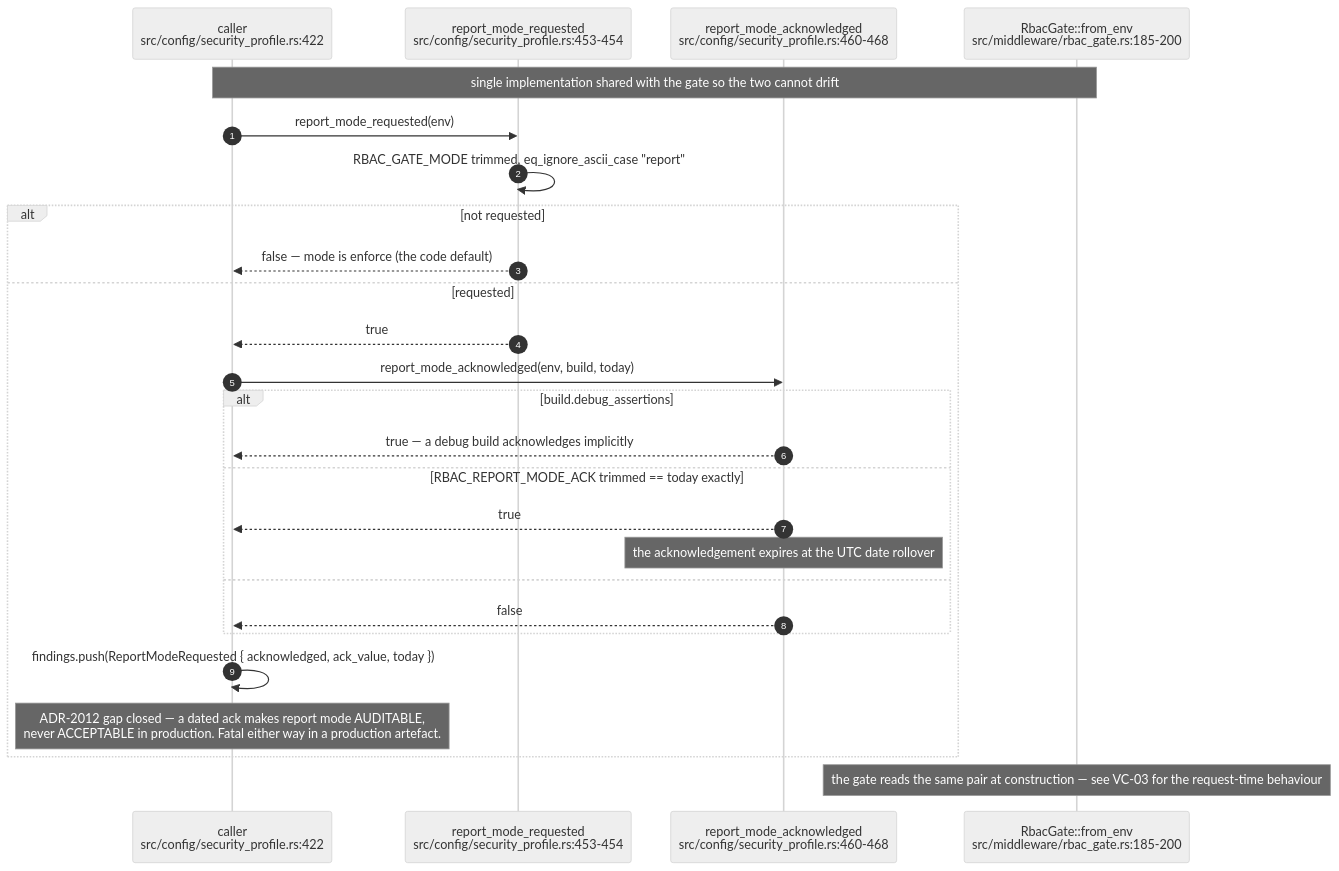
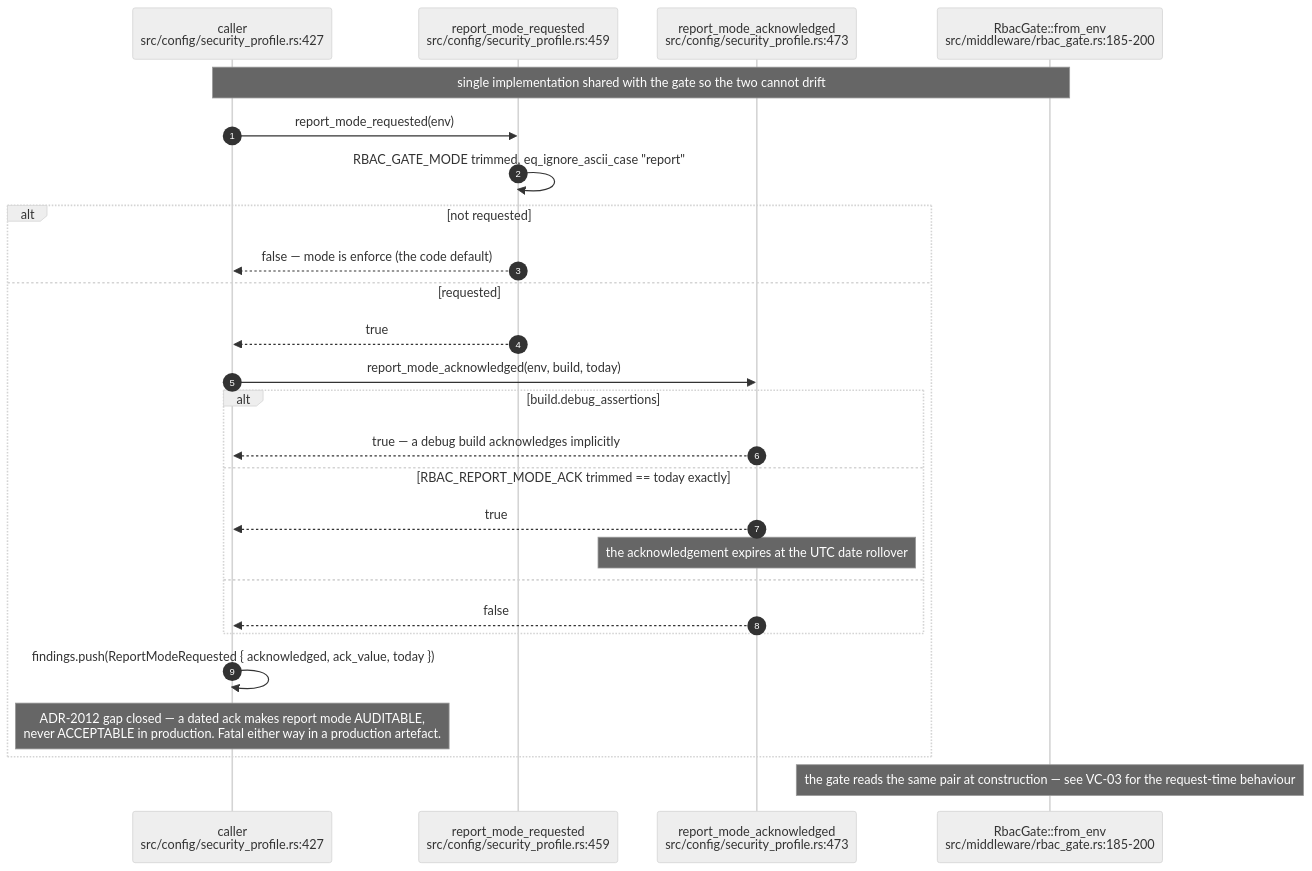
Before and after one commit to DreamLab-AI/VisionFlow: the seventh of 15 diagrams in docs/diagrams/visionclaw/09-config-and-env-flags.md, drawn with Mermaid (neutral theme). The commit also changed other lines of this file and 51 other files, not shown here.

First line of the commit message:
docs(diagrams): agentbox AB-01..13 re-attested anchor by anchor (980 anchors, 22 defects); checkpoint against an out-of-mesh writer

````diff
--- a/docs/diagrams/visionclaw/09-config-and-env-flags.md
+++ b/docs/diagrams/visionclaw/09-config-and-env-flags.md
@@ -347,29 +347,29 @@
 ```mermaid
 sequenceDiagram
     autonumber
-    participant C as caller<br/>src/config/security_profile.rs:422
-    participant R as report_mode_requested<br/>src/config/security_profile.rs:453-454
-    participant K as report_mode_acknowledged<br/>src/config/security_profile.rs:460-468
+    participant C as caller<br/>src/config/security_profile.rs:427
+    participant R as report_mode_requested<br/>src/config/security_profile.rs:459
+    participant K as report_mode_acknowledged<br/>src/config/security_profile.rs:473
     participant G as RbacGate::from_env<br/>src/middleware/rbac_gate.rs:185-200
 
     Note over C,G: single implementation shared with the gate so the two cannot drift
     C->>R: report_mode_requested(env)
     R->>R: RBAC_GATE_MODE trimmed, eq_ignore_ascii_case "report"
     alt not requested
         R-->>C: false — mode is enforce (the code default)
     else requested
         R-->>C: true
         C->>K: report_mode_acknowledged(env, build, today)
         alt build.debug_assertions
             K-->>C: true — a debug build acknowledges implicitly
         else RBAC_REPORT_MODE_ACK trimmed == today exactly
             K-->>C: true
             Note over K: the acknowledgement expires at the UTC date rollover
         else
             K-->>C: false
         end
         C->>C: findings.push(ReportModeRequested { acknowledged, ack_value, today })
         Note over C: ADR-2012 gap closed — a dated ack makes report mode AUDITABLE,<br/>never ACCEPTABLE in production. Fatal either way in a production artefact.
     end
     Note over G: the gate reads the same pair at construction — see VC-03 for the request-time behaviour
 ```
````
